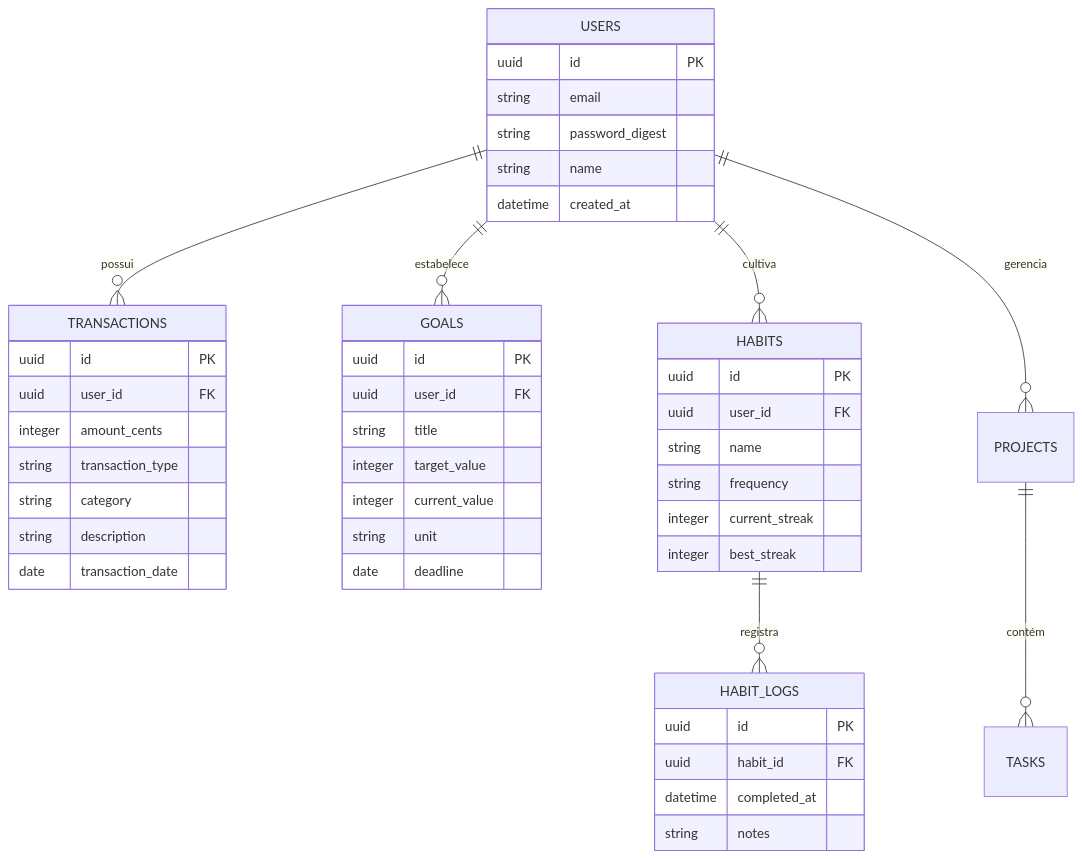
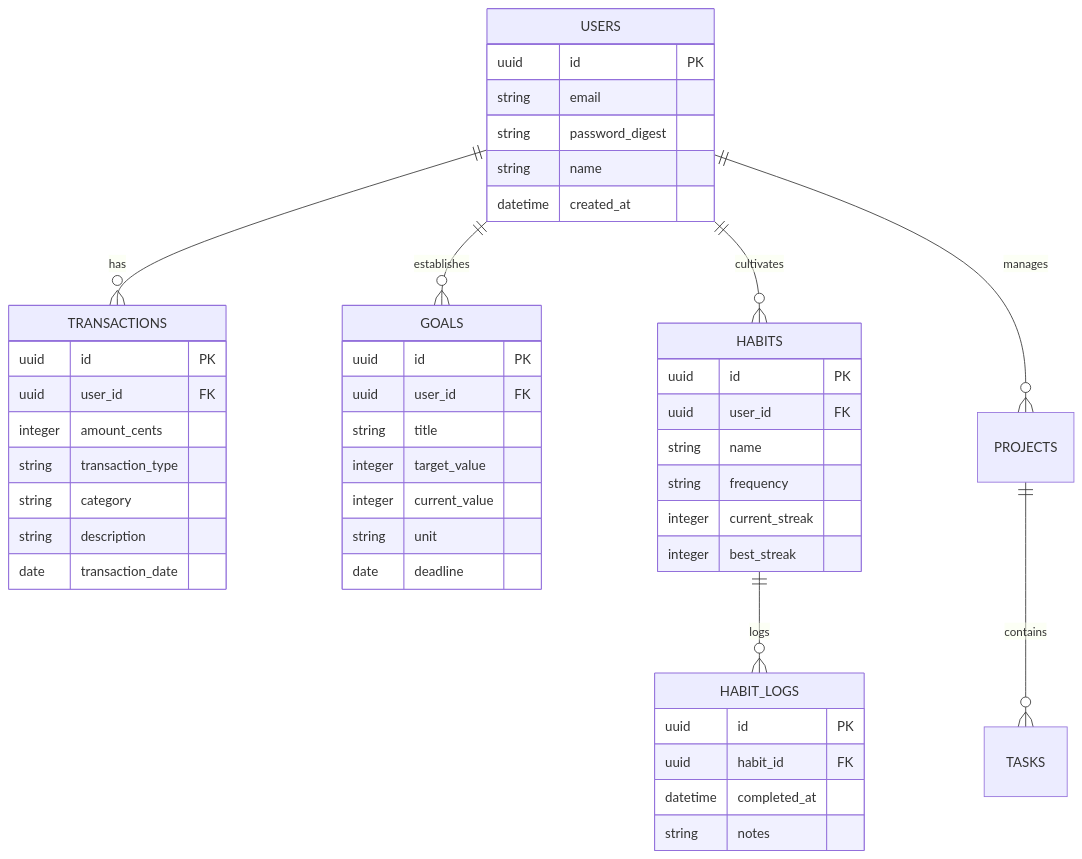
One commit to NavesDev/Navi changed the second of 2 diagrams in docs/architecture.md. Above: the diagram before and after it, drawn with Mermaid. The commit also changed other lines of this file and 6 other files, not shown here.

````diff
--- a/docs/architecture.md
+++ b/docs/architecture.md
@@ -54,54 +54,54 @@
 ```mermaid
 erDiagram
-    USERS ||--o{ TRANSACTIONS : "possui"
-    USERS ||--o{ GOALS : "estabelece"
-    USERS ||--o{ HABITS : "cultiva"
-    USERS ||--o{ PROJECTS : "gerencia"
+    USERS ||--o{ TRANSACTIONS : "has"
+    USERS ||--o{ GOALS : "establishes"
+    USERS ||--o{ HABITS : "cultivates"
+    USERS ||--o{ PROJECTS : "manages"
     
-    HABITS ||--o{ HABIT_LOGS : "registra"
-    PROJECTS ||--o{ TASKS : "contém"
+    HABITS ||--o{ HABIT_LOGS : "logs"
+    PROJECTS ||--o{ TASKS : "contains"
     
     USERS {
         uuid id PK
         string email
         string password_digest
         string name
         datetime created_at
     }
 
     TRANSACTIONS {
         uuid id PK
         uuid user_id FK
         integer amount_cents
         string transaction_type
         string category
         string description
         date transaction_date
     }
 
     GOALS {
         uuid id PK
         uuid user_id FK
         string title
         integer target_value
         integer current_value
         string unit
         date deadline
     }
 
     HABITS {
         uuid id PK
         uuid user_id FK
         string name
         string frequency
         integer current_streak
         integer best_streak
     }
 
     HABIT_LOGS {
         uuid id PK
         uuid habit_id FK
         datetime completed_at
         string notes
     }
 ```
````
